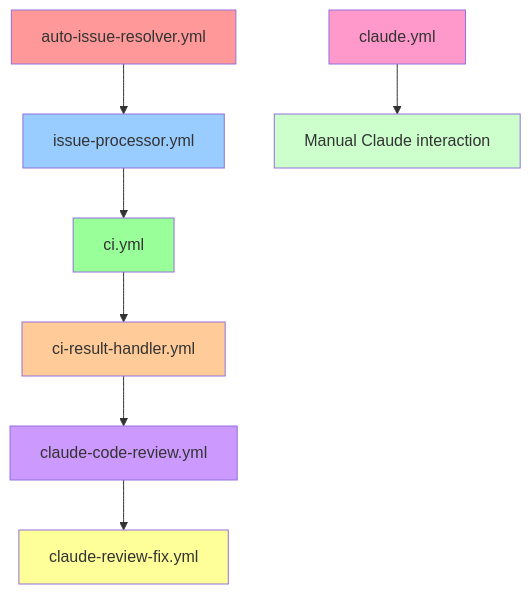
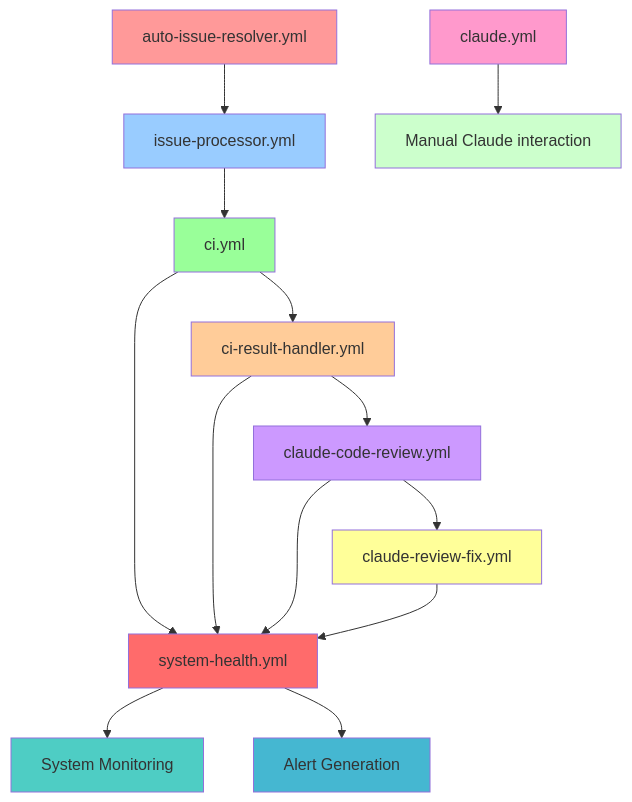
Before and after one commit to azumag/cca-auto-workflows: the fifth of 5 diagrams in README.md, drawn with Mermaid. The commit also changed other lines of this file and 3 other files, not shown here.

````diff
--- a/README.md
+++ b/README.md
@@ -355,19 +358,29 @@
 ```mermaid
 graph TD
     A[auto-issue-resolver.yml] --> B[issue-processor.yml]
     B --> C[ci.yml]
     C --> D[ci-result-handler.yml]
     D --> E[claude-code-review.yml]
     E --> F[claude-review-fix.yml]
     
     G[claude.yml] --> H[Manual Claude interaction]
+    I[system-health.yml] --> J[System Monitoring]
+    I --> K[Alert Generation]
+    
+    C --> I
+    D --> I
+    E --> I
+    F --> I
     
     style A fill:#ff9999
     style B fill:#99ccff
     style C fill:#99ff99
     style D fill:#ffcc99
     style E fill:#cc99ff
     style F fill:#ffff99
     style G fill:#ff99cc
     style H fill:#ccffcc
+    style I fill:#ff6b6b
+    style J fill:#4ecdc4
+    style K fill:#45b7d1
 ```
````
